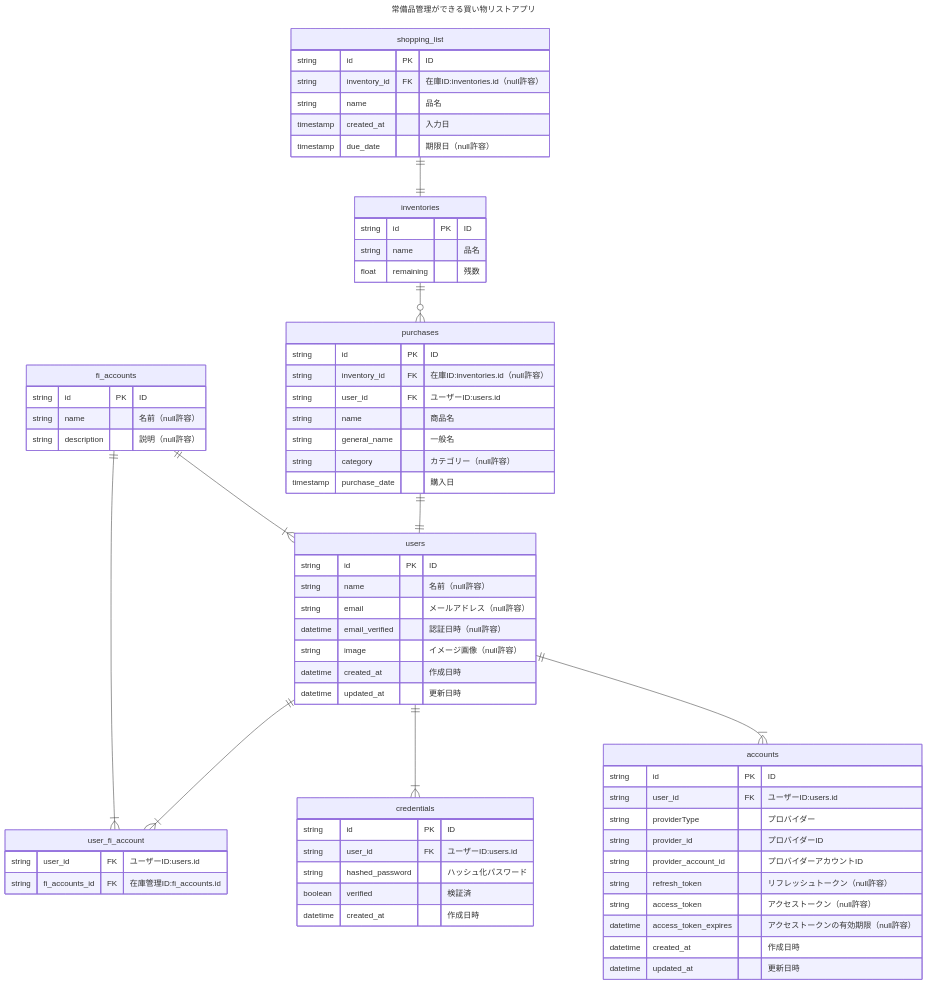
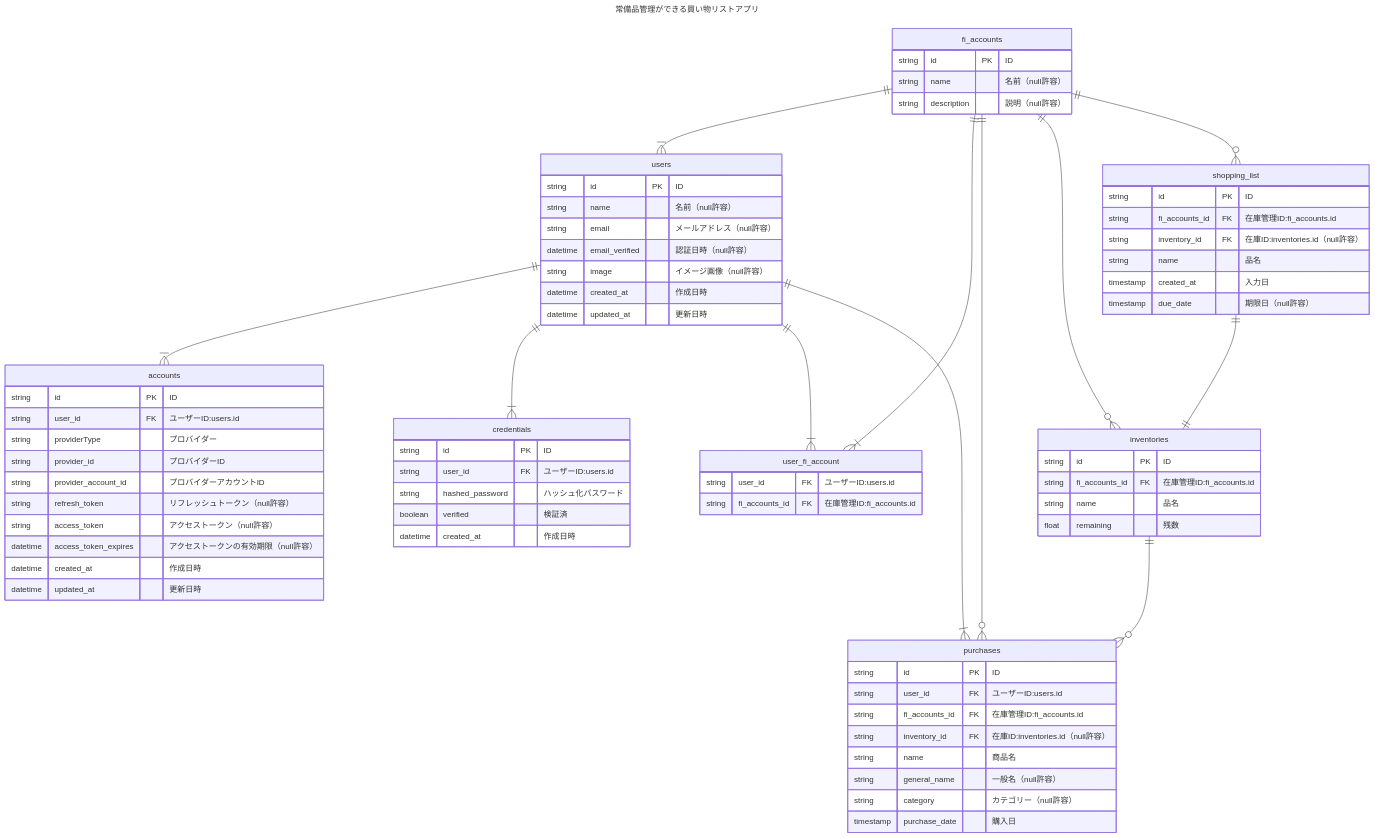
One commit to kurutto/fridge-inventory changed the diagram in doc/fridge-inventory.md. Above: the diagram before and after it, drawn with Mermaid.

Commit message:
入力データとアカウントとの関連づけを追加

````diff
--- a/doc/fridge-inventory.md
+++ b/doc/fridge-inventory.md
@@ -5,74 +5,80 @@
 ```mermaid
 ---
 title: "常備品管理ができる買い物リストアプリ"
 ---
 erDiagram
 
     users ||--|{ accounts : ""
     users ||--|{ credentials : ""
     fi_accounts ||--|{ users : ""
     users ||--|{ user_fi_account : ""
     fi_accounts ||--|{ user_fi_account : ""
     inventories ||--o{ purchases : ""
-    purchases ||--|| users : ""
+    users ||--|{ purchases : ""
+    fi_accounts ||--o{ purchases : ""
+    fi_accounts ||--o{ inventories : ""
+    fi_accounts ||--o{ shopping_list : ""
     shopping_list ||--|| inventories : ""
 
     accounts {
         string id PK "ID"
         string user_id FK "ユーザーID:users.id"
         string providerType "プロバイダー"
         string provider_id "プロバイダーID"
         string provider_account_id "プロバイダーアカウントID"
         string refresh_token "リフレッシュトークン（null許容）"
         string access_token "アクセストークン（null許容）"
         datetime access_token_expires "アクセストークンの有効期限（null許容）"
         datetime created_at "作成日時"
         datetime updated_at "更新日時"
     }
     users {
         string id PK "ID"
         string name "名前（null許容）"
         string email "メールアドレス（null許容）"
         datetime email_verified "認証日時（null許容）"
         string image "イメージ画像（null許容）"
         datetime created_at "作成日時"
         datetime updated_at "更新日時"
     }
     credentials{
         string id PK "ID"
         string user_id FK "ユーザーID:users.id"
         string hashed_password "ハッシュ化パスワード"
         boolean verified "検証済"
         datetime created_at "作成日時"
     }
     user_fi_account{
         string user_id FK "ユーザーID:users.id"
         string fi_accounts_id FK "在庫管理ID:fi_accounts.id"
     }
     fi_accounts {
         string id PK "ID"
         string name "名前（null許容）"
         string description "説明（null許容）"
     }
     inventories {
         string id PK "ID"
+        string fi_accounts_id FK "在庫管理ID:fi_accounts.id"
         string name "品名"
         float remaining "残数"
     }
     purchases {
         string id PK "ID"
+        string user_id FK "ユーザーID:users.id"
+        string fi_accounts_id FK "在庫管理ID:fi_accounts.id"
         string inventory_id FK "在庫ID:inventories.id（null許容）"
-        string user_id FK "ユーザーID:users.id"
         string name "商品名"
-        string general_name "一般名"
+        string general_name "一般名（null許容）"
         string category "カテゴリー（null許容）"
         timestamp purchase_date "購入日"
     }
     shopping_list {
         string id PK "ID"
+        string fi_accounts_id FK "在庫管理ID:fi_accounts.id"
         string inventory_id FK "在庫ID:inventories.id（null許容）"
         string name "品名"
         timestamp created_at "入力日"
         timestamp due_date "期限日（null許容）"
     }
 ```
````
